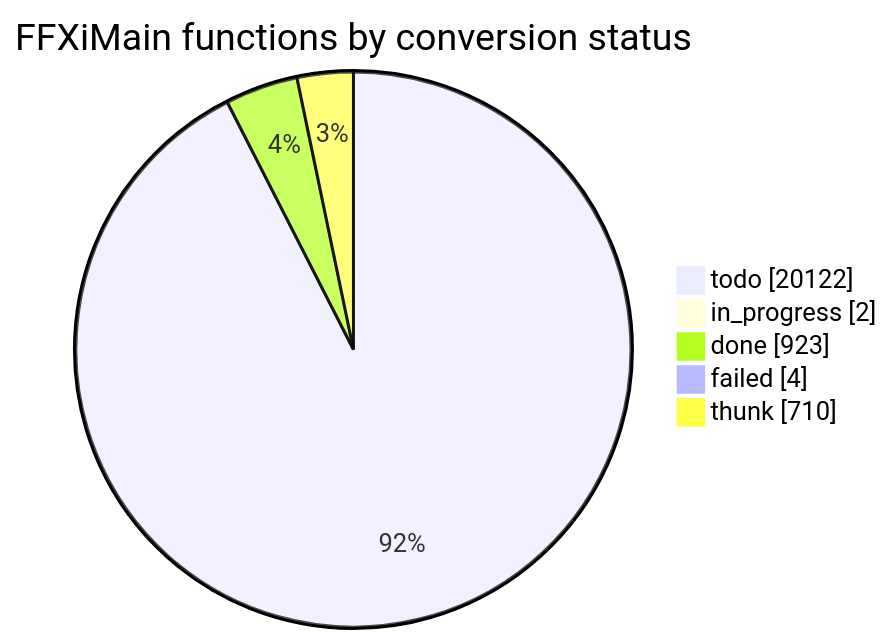
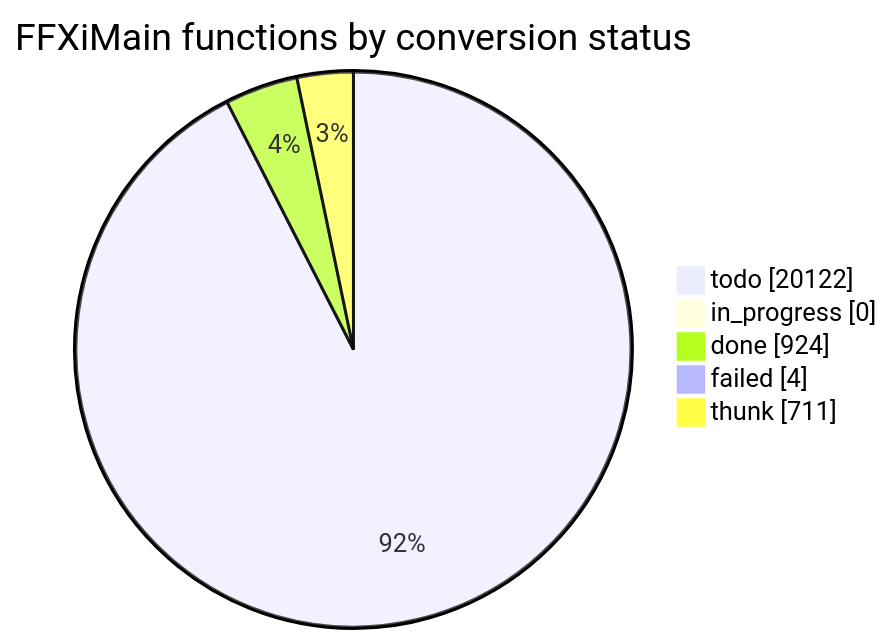
One commit to cowrevenge/cow_kuluu_xi_anything changed the diagram in docs/cow/STATUS.md. Above: the diagram before and after it, drawn with Mermaid. The commit also changed other lines of this file and 9 other files, not shown here.

````diff
--- a/docs/cow/STATUS.md
+++ b/docs/cow/STATUS.md
@@ -18,9 +18,9 @@
 ```mermaid
 pie showData
     title FFXiMain functions by conversion status
     "todo" : 20122
-    "in_progress" : 2
-    "done" : 923
+    "in_progress" : 0
+    "done" : 924
     "failed" : 4
-    "thunk" : 710
+    "thunk" : 711
 ```
````
